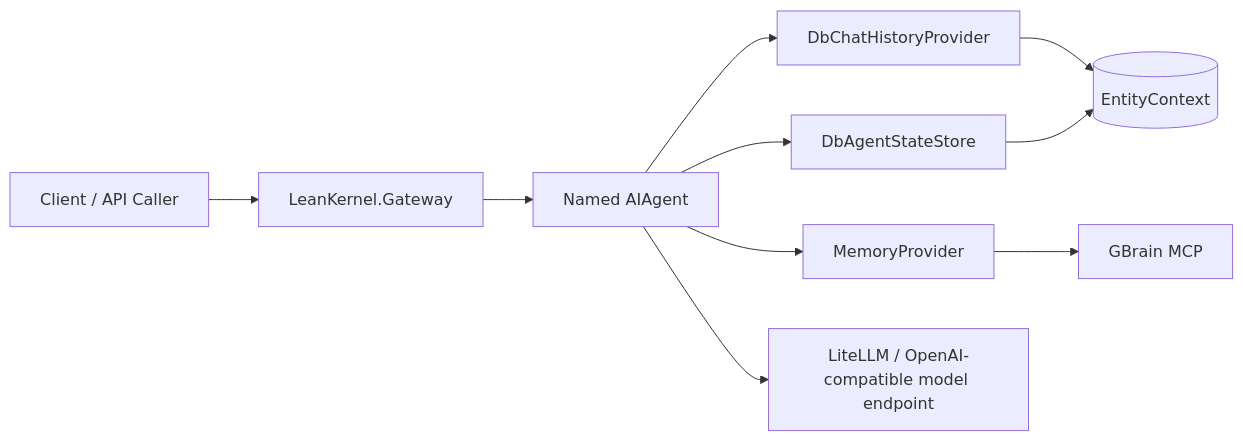
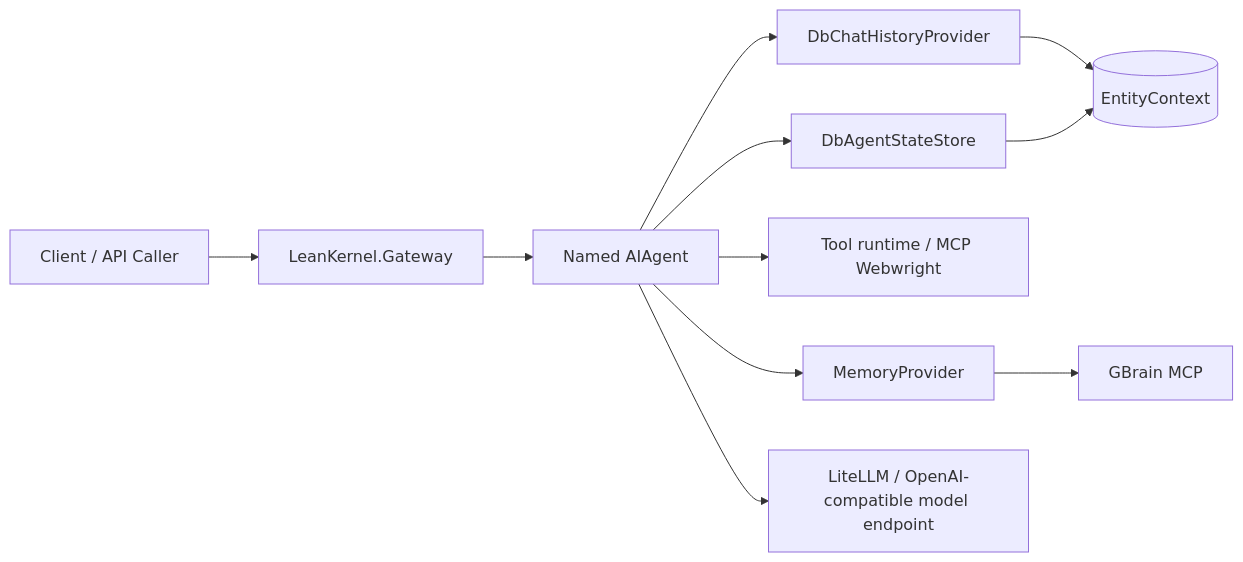
One commit to achingono/leankernel changed the diagram in docs/index.md. Above: the diagram before and after it, drawn with Mermaid. The commit also changed other lines of this file and 32 other files, not shown here.

Commit message:
feat: ship Webwright MCP service stack

````diff
--- a/docs/index.md
+++ b/docs/index.md
@@ -26,12 +26,13 @@
 ```mermaid
 flowchart LR
     Client[Client / API Caller] --> Gateway[LeanKernel.Gateway]
     Gateway --> Agent[Named AIAgent]
     Agent --> History[DbChatHistoryProvider]
     Agent --> Memory[MemoryProvider]
+    Agent --> Tools[Tool runtime / MCP Webwright]
     History --> Data[(EntityContext)]
     Memory --> GBrain[GBrain MCP]
     Agent --> State[DbAgentStateStore]
     State --> Data
     Agent --> LiteLLM[LiteLLM / OpenAI-compatible model endpoint]
 ```
````
